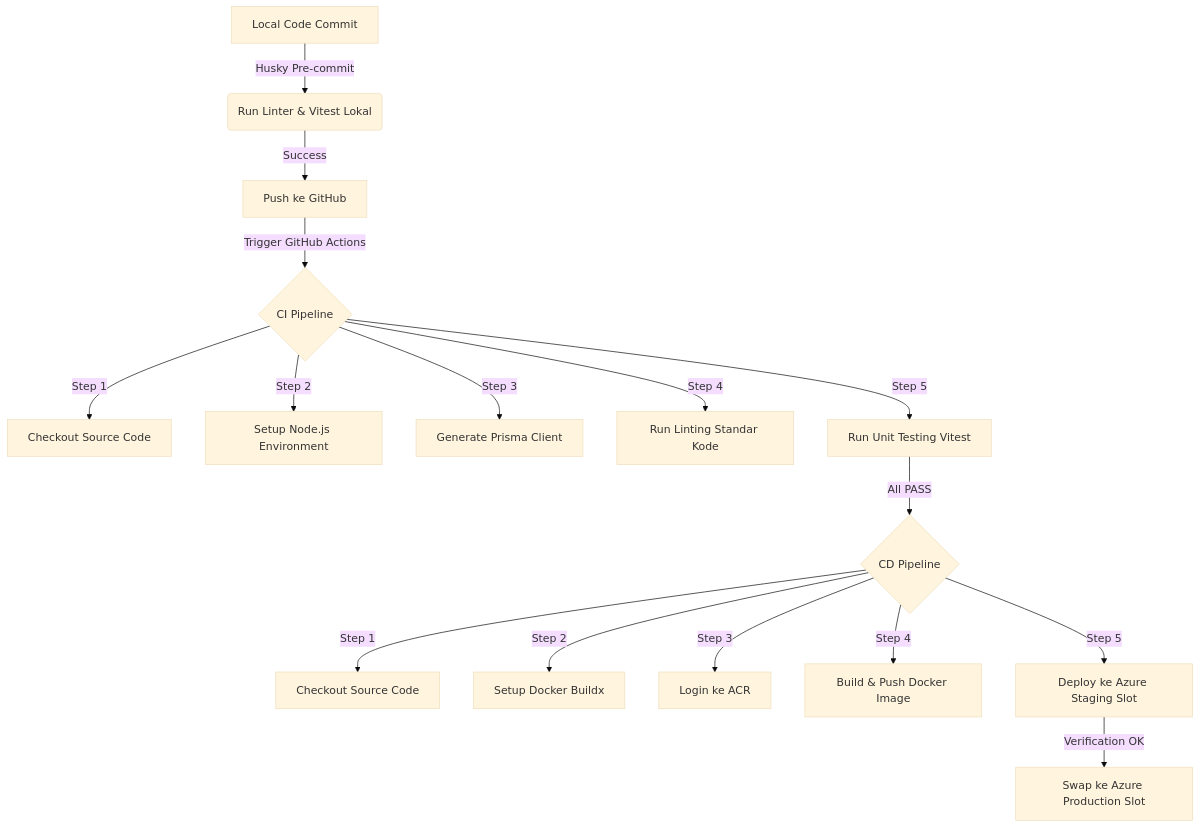
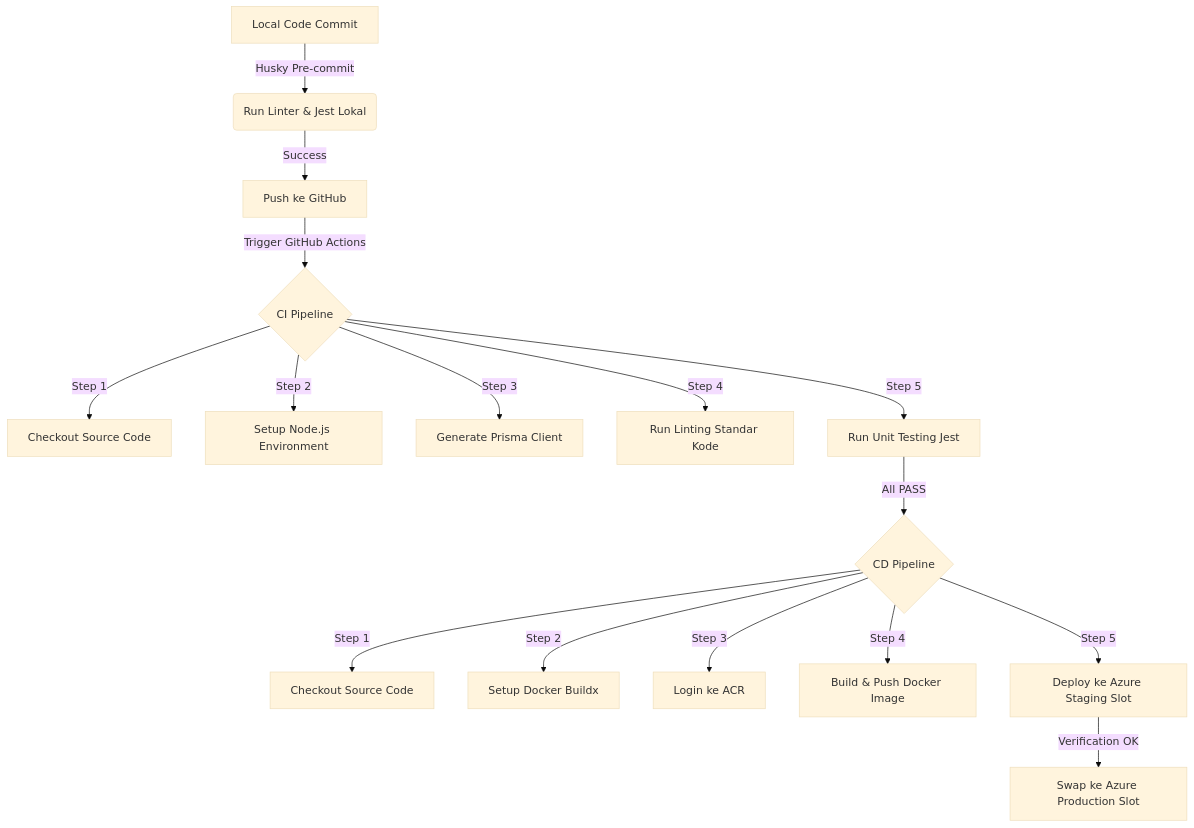
Before and after one commit to cafauzi13/DevOps-MMI: the diagram in PRESENTATION_FLOW.md, drawn with Mermaid (base theme). The commit also changed other lines of this file and 2 other files, not shown here.

Commit message:
docs: refactor documentation setup and update README to sync with Jest and Node v24

````diff
--- a/PRESENTATION_FLOW.md
+++ b/PRESENTATION_FLOW.md
@@ -23,18 +23,18 @@
 ```mermaid
 graph TD
-    A[Local Code Commit] -->|Husky Pre-commit| B(Run Linter & Vitest Lokal)
+    A[Local Code Commit] -->|Husky Pre-commit| B(Run Linter & Jest Lokal)
     B -->|Success| C[Push ke GitHub]
     C -->|Trigger GitHub Actions| D{CI Pipeline}
     D -->|Step 1| E[Checkout Source Code]
     D -->|Step 2| F[Setup Node.js Environment]
     D -->|Step 3| G[Generate Prisma Client]
     D -->|Step 4| H[Run Linting Standar Kode]
-    D -->|Step 5| I[Run Unit Testing Vitest]
+    D -->|Step 5| I[Run Unit Testing Jest]
     I -->|All PASS| J{CD Pipeline}
     J -->|Step 1| K[Checkout Source Code]
     J -->|Step 2| L[Setup Docker Buildx]
     J -->|Step 3| M[Login ke ACR]
     J -->|Step 4| N[Build & Push Docker Image]
     J -->|Step 5| O[Deploy ke Azure Staging Slot]
     O -->|Verification OK| P[Swap ke Azure Production Slot]
 ```
````
